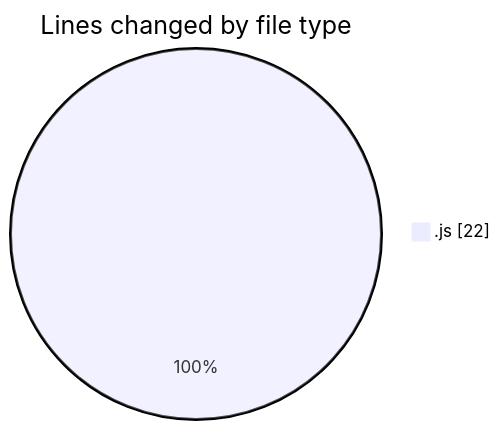
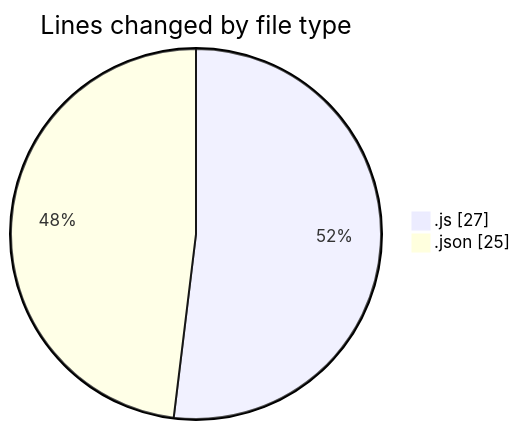
Before and after one commit to Ritupan-Deka/code-tracking: the first of 2 diagrams in 2025-07-02/mern-thinkboard/README.md, drawn with Mermaid. The commit also changed other lines of this file and 1 other file, not shown here.

````diff
--- a/2025-07-02/mern-thinkboard/README.md
+++ b/2025-07-02/mern-thinkboard/README.md
@@ -20,5 +21,6 @@
 ```mermaid
 pie showData
 title Lines changed by file type
-".js" : 22
+".js" : 27
+".json" : 25
 ```
````
